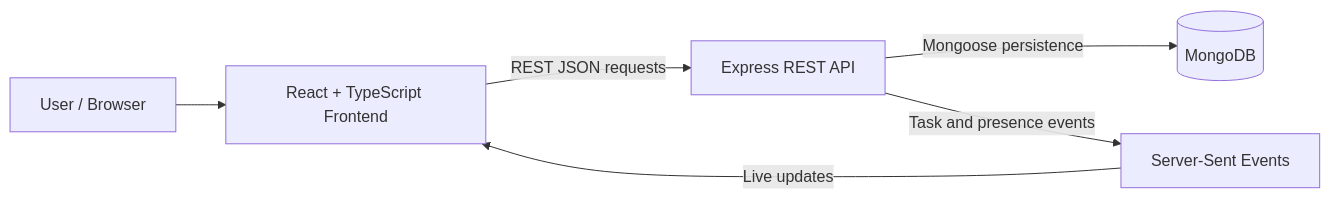
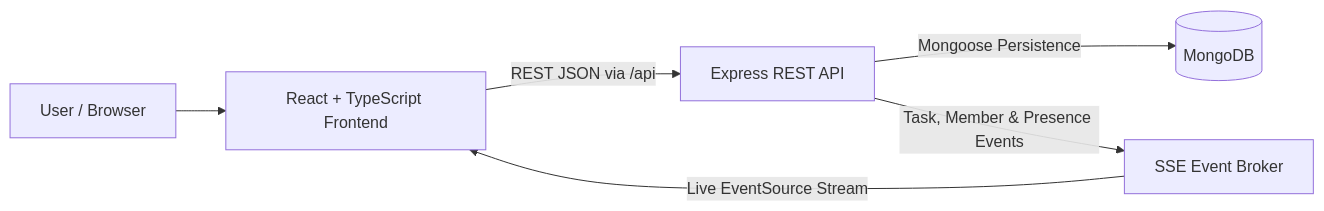
The diagram in README.md (abirc8010/Collaborative-Kanban-Board), drawn with Mermaid before and after one commit. The commit also changed other lines of this file, not shown here.

````diff
--- a/README.md
+++ b/README.md
@@ -70,14 +89,14 @@
 ```mermaid
 flowchart LR
     User[User / Browser]
     UI[React + TypeScript Frontend]
     API[Express REST API]
     DB[(MongoDB)]
-    SSE[Server-Sent Events]
+    SSE[SSE Event Broker]
 
     User --> UI
-    UI -->|REST JSON requests| API
-    API -->|Mongoose persistence| DB
-    API -->|Task and presence events| SSE
-    SSE -->|Live updates| UI
+    UI -->|REST JSON via /api| API
+    API -->|Mongoose Persistence| DB
+    API -->|Task, Member & Presence Events| SSE
+    SSE -->|Live EventSource Stream| UI
 ```
````
